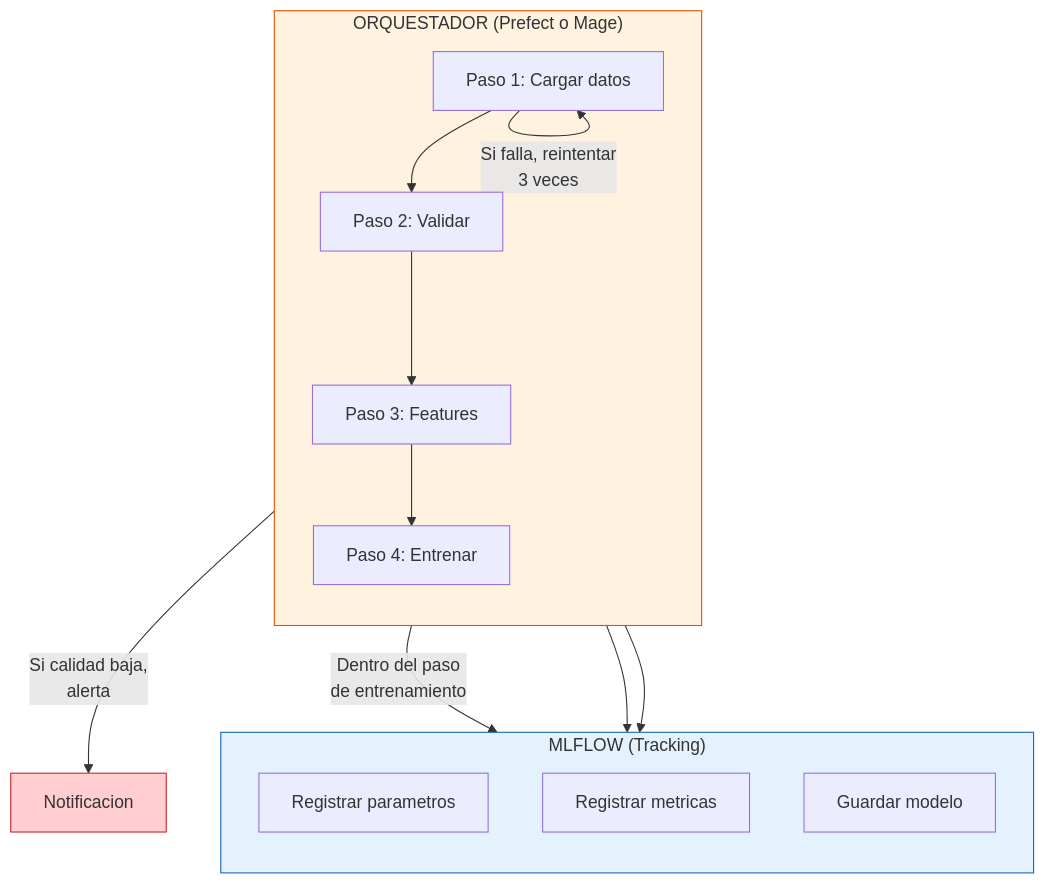
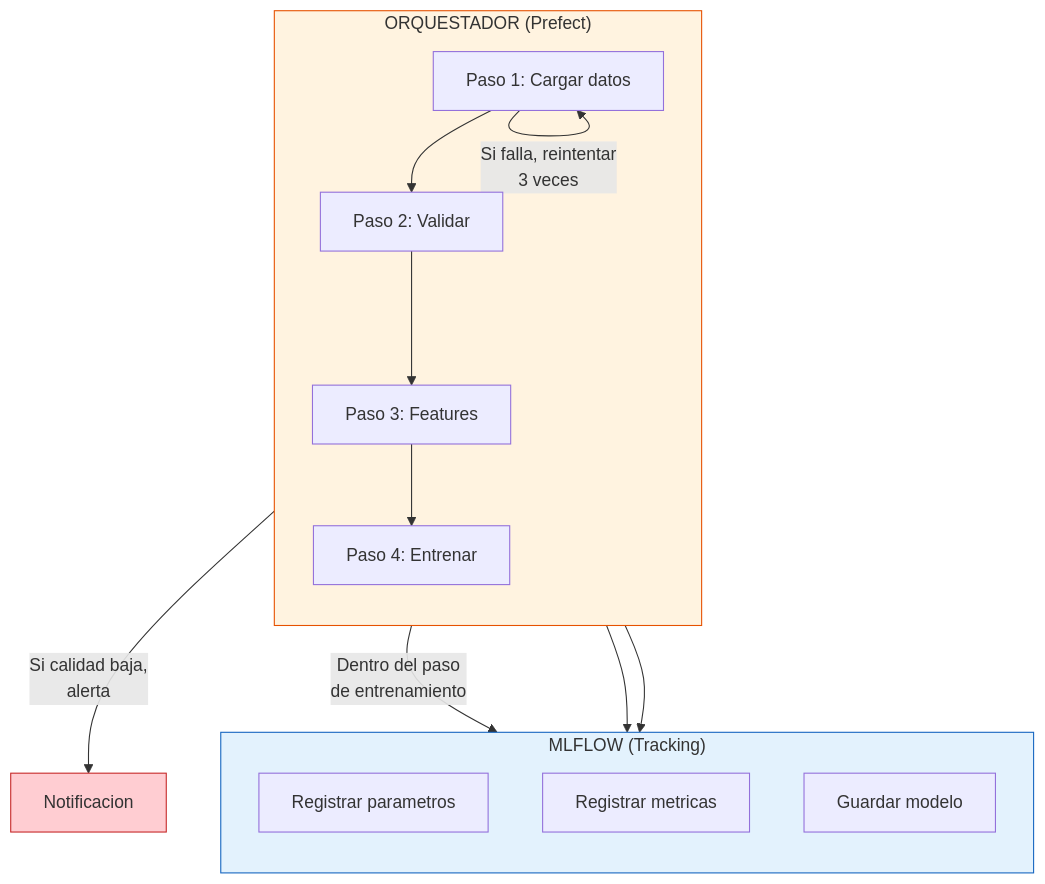
One commit to dpalacioj/MLOps-Course changed the sixth of 14 diagrams in docs/cierre-del-curso.md. Above: the diagram before and after it, drawn with Mermaid. The commit also changed other lines of this file and 13 other files, not shown here.

````diff
--- a/docs/cierre-del-curso.md
+++ b/docs/cierre-del-curso.md
@@ -302,27 +307,27 @@
 ```mermaid
 flowchart TD
-    subgraph ORQUESTADOR["ORQUESTADOR (Prefect o Mage)"]
+    subgraph ORQUESTADOR["ORQUESTADOR (Prefect)"]
         direction TB
         O1["Paso 1: Cargar datos"] --> O2["Paso 2: Validar"]
         O2 --> O3["Paso 3: Features"]
         O3 --> O4["Paso 4: Entrenar"]
     end
 
     subgraph MLFLOW_ZONE["MLFLOW (Tracking)"]
         direction TB
         M1["Registrar parametros"]
         M2["Registrar metricas"]
         M3["Guardar modelo"]
     end
 
     O4 -- "Dentro del paso\nde entrenamiento" --> M1
     O4 --> M2
     O4 --> M3
 
     O1 -- "Si falla, reintentar\n3 veces" --> O1
     O2 -- "Si calidad baja,\nalerta" --> ALERT["Notificacion"]
 
     style ORQUESTADOR fill:#FFF3E0,stroke:#E65100
     style MLFLOW_ZONE fill:#E3F2FD,stroke:#1565C0
     style ALERT fill:#FFCDD2,stroke:#C62828
 ```
````
